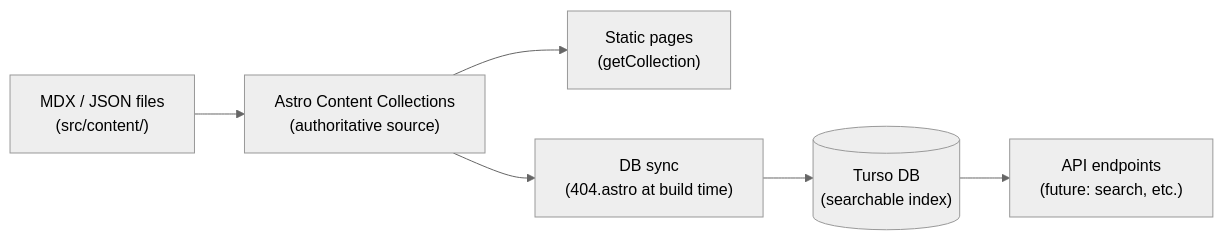
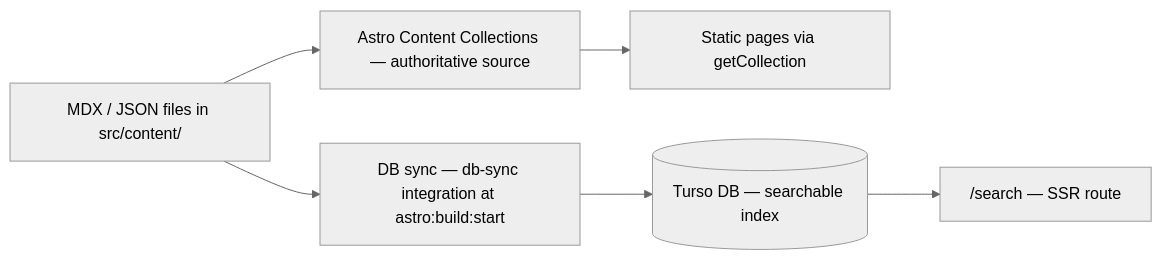
Before and after one commit to duckycoding-dev/ducky-coding: the third of 3 diagrams in docs/stable/development/build-flow.md, drawn with Mermaid (neutral theme). The commit also changed other lines of this file and 6 other files, not shown here.

````diff
--- a/docs/stable/development/build-flow.md
+++ b/docs/stable/development/build-flow.md
@@ -171,14 +192,14 @@
 ```mermaid
 flowchart LR
-    MDX["MDX / JSON files\n(src/content/)"]
-    CC["Astro Content Collections\n(authoritative source)"]
-    BUILD["Static pages\n(getCollection)"]
-    SYNC["DB sync\n(404.astro at build time)"]
-    DB[("Turso DB\n(searchable index)")]
-    API["API endpoints\n(future: search, etc.)"]
+    MDX["MDX / JSON files in src/content/"]
+    CC["Astro Content Collections — authoritative source"]
+    BUILD["Static pages via getCollection"]
+    SYNC["DB sync — db-sync integration at astro:build:start"]
+    DB[("Turso DB — searchable index")]
+    SEARCH["/search — SSR route"]
 
     MDX --> CC
     CC --> BUILD
-    CC --> SYNC --> DB
-    DB --> API
+    MDX --> SYNC --> DB
+    DB --> SEARCH
 ```
````
